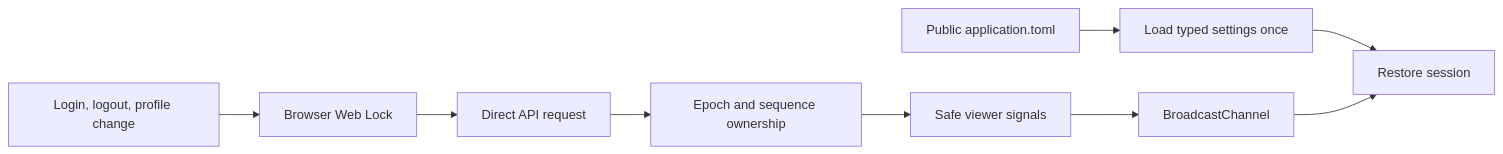
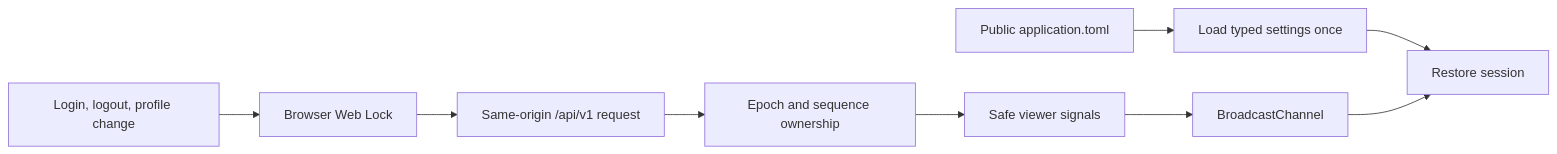
One commit to enzumeii/monolith changed the third of 3 diagrams in docs/architecture.md. Above: the diagram before and after it, drawn with Mermaid. The commit also changed other lines of this file and 141 other files, not shown here.

````diff
--- a/docs/architecture.md
+++ b/docs/architecture.md
@@ -109,11 +119,11 @@
 ```mermaid
 flowchart LR
     FILE["Public application.toml"] --> LOAD["Load typed settings once"]
     LOAD --> RESTORE["Restore session"]
     EVENTS["Login, logout, profile change"] --> LOCK["Browser Web Lock"]
-    LOCK --> REQUEST["Direct API request"]
+    LOCK --> REQUEST["Same-origin /api/v1 request"]
     REQUEST --> OWNER["Epoch and sequence ownership"]
     OWNER --> VIEWER["Safe viewer signals"]
     VIEWER --> SYNC["BroadcastChannel"]
     SYNC --> RESTORE
 ```
````
